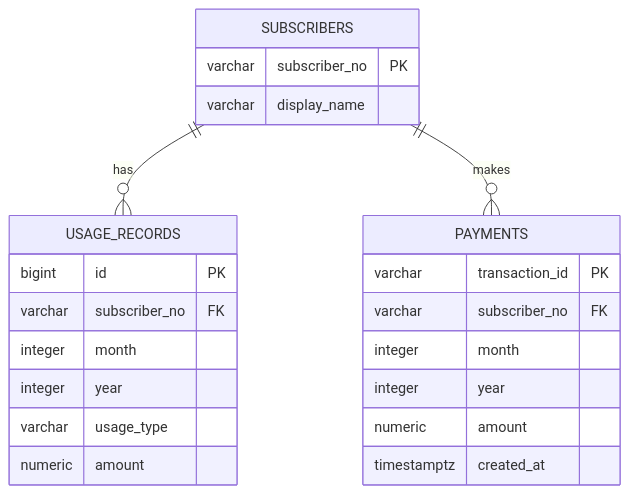
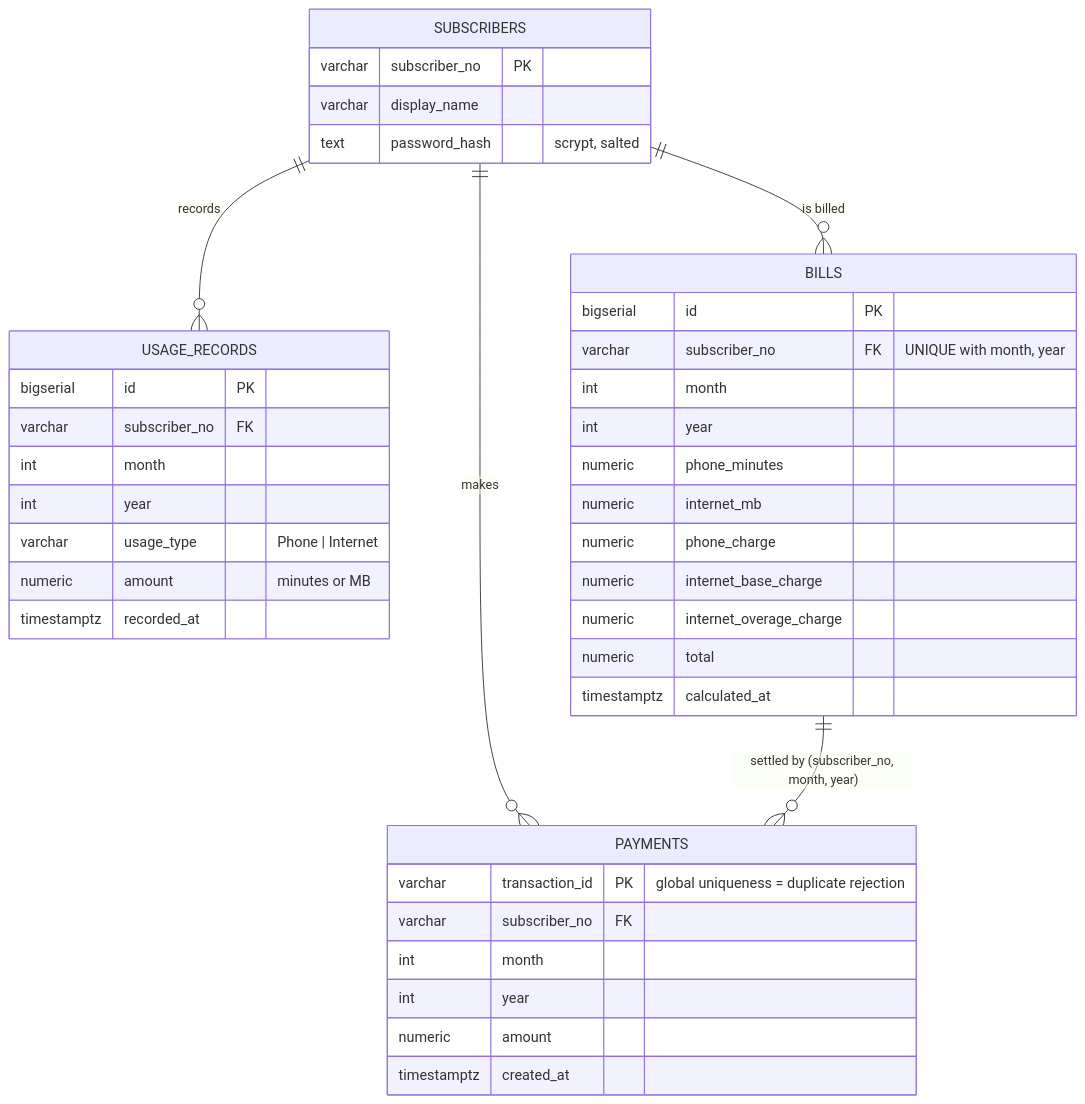
Before and after one commit to kutay4516/se4458-ai-billing-assistant: the fourth of 4 diagrams in docs/architecture.md, drawn with Mermaid. The commit also changed other lines of this file and 71 other files, not shown here.

````diff
--- a/docs/architecture.md
+++ b/docs/architecture.md
@@ -19,28 +75,43 @@
 ```mermaid
 erDiagram
-  SUBSCRIBERS ||--o{ USAGE_RECORDS : has
-  SUBSCRIBERS ||--o{ PAYMENTS : makes
+  SUBSCRIBERS ||--o{ USAGE_RECORDS : "records"
+  SUBSCRIBERS ||--o{ BILLS : "is billed"
+  SUBSCRIBERS ||--o{ PAYMENTS : "makes"
+  BILLS ||--o{ PAYMENTS : "settled by (subscriber_no, month, year)"
 
   SUBSCRIBERS {
     varchar subscriber_no PK
     varchar display_name
+    text password_hash "scrypt, salted"
   }
-
   USAGE_RECORDS {
-    bigint id PK
+    bigserial id PK
     varchar subscriber_no FK
-    integer month
-    integer year
-    varchar usage_type
-    numeric amount
+    int month
+    int year
+    varchar usage_type "Phone | Internet"
+    numeric amount "minutes or MB"
+    timestamptz recorded_at
   }
-
+  BILLS {
+    bigserial id PK
+    varchar subscriber_no FK "UNIQUE with month, year"
+    int month
+    int year
+    numeric phone_minutes
+    numeric internet_mb
+    numeric phone_charge
+    numeric internet_base_charge
+    numeric internet_overage_charge
+    numeric total
+    timestamptz calculated_at
+  }
   PAYMENTS {
-    varchar transaction_id PK
+    varchar transaction_id PK "global uniqueness = duplicate rejection"
     varchar subscriber_no FK
-    integer month
-    integer year
+    int month
+    int year
     numeric amount
     timestamptz created_at
   }
 ```
````
